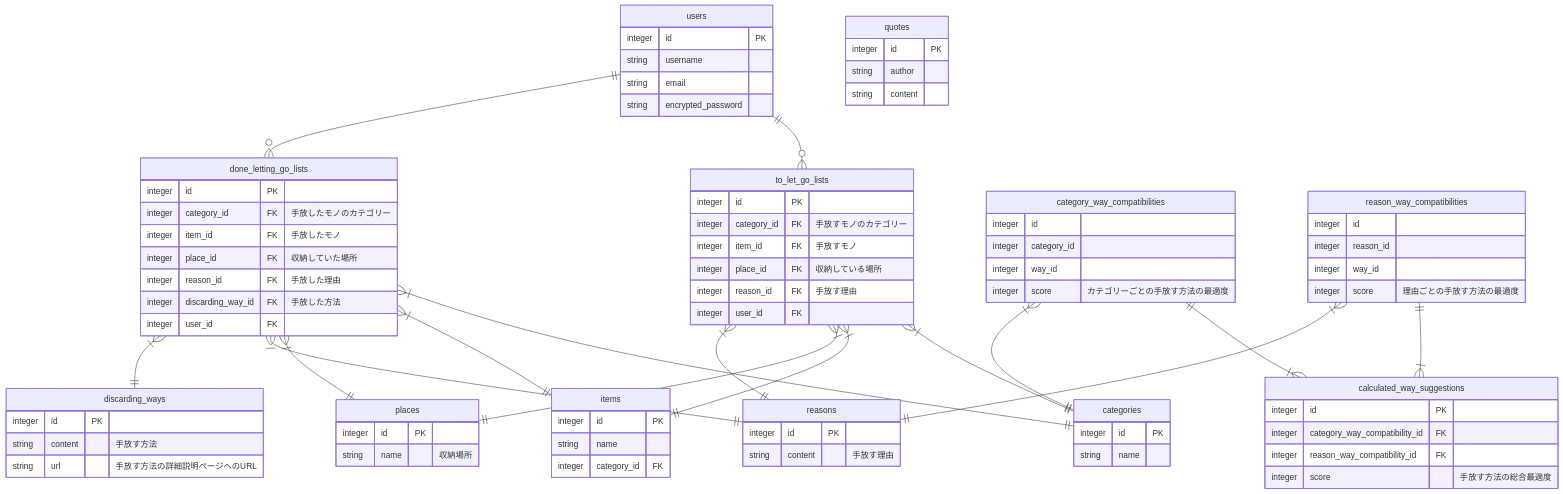
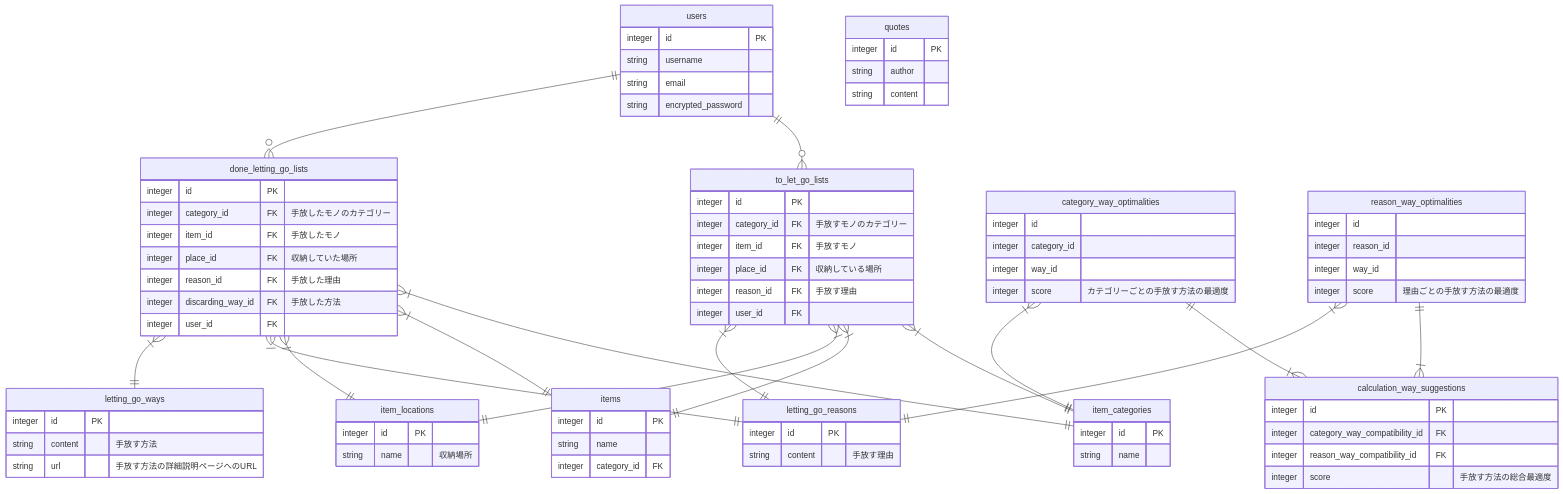
One commit to sarii0213/karoyaka_sketch changed the diagram in db_architecture.md. Above: the diagram before and after it, drawn with Mermaid.

```diff
--- a/db_architecture.md
+++ b/db_architecture.md
@@ -3,19 +3,19 @@
 
 users ||--o{ to_let_go_lists : ""
 users ||--o{ done_letting_go_lists : ""
-to_let_go_lists }|--|| categories : ""
-done_letting_go_lists }|--|| categories : ""
+to_let_go_lists }|--|| item_categories : ""
+done_letting_go_lists }|--|| item_categories : ""
 to_let_go_lists }|--|| items : ""
 done_letting_go_lists }|--|| items : ""
-to_let_go_lists }|--|| places : ""
-done_letting_go_lists }|--|| places : ""
-to_let_go_lists }|--|| reasons : ""
-done_letting_go_lists }|--|| reasons : ""
-done_letting_go_lists }|--|| discarding_ways : ""
-category_way_compatibilities ||--|{ calculated_way_suggestions : ""
-reason_way_compatibilities ||--|{ calculated_way_suggestions : ""
-category_way_compatibilities }|--|| categories : ""
-reason_way_compatibilities }|--|| reasons : ""
+to_let_go_lists }|--|| item_locations : ""
+done_letting_go_lists }|--|| item_locations : ""
+to_let_go_lists }|--|| letting_go_reasons : ""
+done_letting_go_lists }|--|| letting_go_reasons : ""
+done_letting_go_lists }|--|| letting_go_ways : ""
+category_way_optimalities ||--|{ calculation_way_suggestions : ""
+reason_way_optimalities ||--|{ calculation_way_suggestions : ""
+category_way_optimalities }|--|| item_categories : ""
+reason_way_optimalities }|--|| letting_go_reasons : ""
 
 users {
 integer id PK
@@ -43,7 +43,7 @@
 integer user_id FK  
 }
 
-categories {
+item_categories {
 integer id PK 
 string name
 }
@@ -54,37 +54,37 @@
 integer category_id FK 
 }
 
-places {
+item_locations {
 integer id PK 
 string name "収納場所"
 }
 
-reasons {
+letting_go_reasons {
 integer id PK 
 string content "手放す理由"
 }
 
-discarding_ways {
+letting_go_ways {
 integer id PK 
 string content "手放す方法"
 string url "手放す方法の詳細説明ページへのURL"
 }
 
-category_way_compatibilities {
+category_way_optimalities {
 integer id
 integer category_id 
 integer way_id
 integer score "カテゴリーごとの手放す方法の最適度"
 }
 
-reason_way_compatibilities {
+reason_way_optimalities {
 integer id
 integer reason_id 
 integer way_id
 integer score "理由ごとの手放す方法の最適度"
 }
 
-calculated_way_suggestions {
+calculation_way_suggestions {
 integer id PK
 integer category_way_compatibility_id FK 
 integer reason_way_compatibility_id FK 
```
